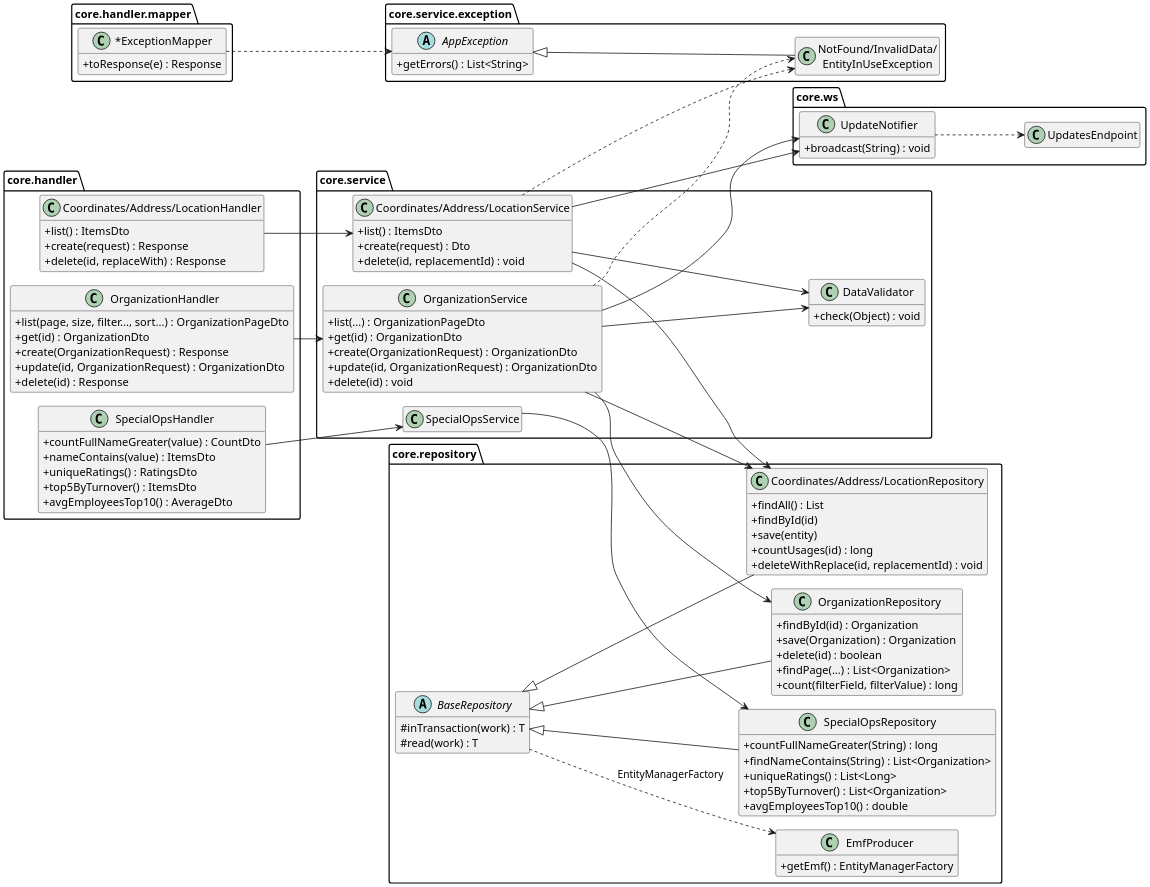
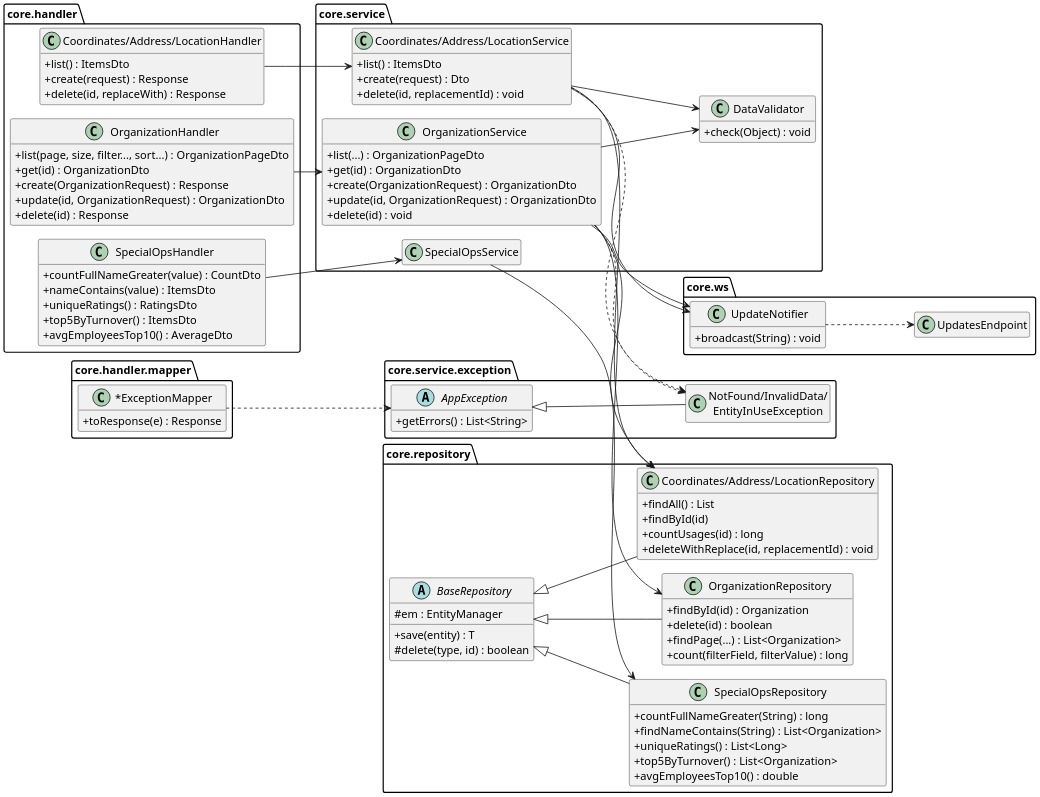
The diagram in report/uml/layers.puml (egor-abramov/IS-Lab), drawn with PlantUML before and after one commit. The commit also changed 17 other files, not shown here.

```diff
--- a/report/uml/layers.puml
+++ b/report/uml/layers.puml
@@ -1,126 +1,121 @@
 @startuml layers
 !pragma layout smetana
 skinparam dpi 180
 skinparam defaultFontName Arial
 skinparam shadowing false
 skinparam classAttributeIconSize 0
 hide empty fields
 hide empty methods
 set separator none
 left to right direction
 
 package core.handler {
     class OrganizationHandler {
         + list(page, size, filter..., sort...) : OrganizationPageDto
         + get(id) : OrganizationDto
         + create(OrganizationRequest) : Response
         + update(id, OrganizationRequest) : OrganizationDto
         + delete(id) : Response
     }
     class "Coordinates/Address/LocationHandler" as NestedHandler {
         + list() : ItemsDto
         + create(request) : Response
         + delete(id, replaceWith) : Response
     }
     class SpecialOpsHandler {
         + countFullNameGreater(value) : CountDto
         + nameContains(value) : ItemsDto
         + uniqueRatings() : RatingsDto
         + top5ByTurnover() : ItemsDto
         + avgEmployeesTop10() : AverageDto
     }
 }
 
 package core.handler.mapper {
     class "*ExceptionMapper" as Mappers {
         + toResponse(e) : Response
     }
 }
 
 package core.service {
     class OrganizationService {
         + list(...) : OrganizationPageDto
         + get(id) : OrganizationDto
         + create(OrganizationRequest) : OrganizationDto
         + update(id, OrganizationRequest) : OrganizationDto
         + delete(id) : void
     }
     class "Coordinates/Address/LocationService" as NestedService {
         + list() : ItemsDto
         + create(request) : Dto
         + delete(id, replacementId) : void
     }
     class SpecialOpsService
     class DataValidator {
         + check(Object) : void
     }
 }
 
 package core.service.exception {
     abstract class AppException {
         + getErrors() : List<String>
     }
     class "NotFound/InvalidData/\nEntityInUseException" as Exceptions
 }
 
 package core.repository {
     abstract class BaseRepository {
-        # inTransaction(work) : T
-        # read(work) : T
+        # em : EntityManager
+        + save(entity) : T
+        # delete(type, id) : boolean
     }
     class "Coordinates/Address/LocationRepository" as NestedRepository {
         + findAll() : List
         + findById(id)
-        + save(entity)
         + countUsages(id) : long
         + deleteWithReplace(id, replacementId) : void
     }
     class OrganizationRepository {
         + findById(id) : Organization
-        + save(Organization) : Organization
         + delete(id) : boolean
         + findPage(...) : List<Organization>
         + count(filterField, filterValue) : long
     }
     class SpecialOpsRepository {
         + countFullNameGreater(String) : long
         + findNameContains(String) : List<Organization>
         + uniqueRatings() : List<Long>
         + top5ByTurnover() : List<Organization>
         + avgEmployeesTop10() : double
-    }
-    class EmfProducer {
-        + getEmf() : EntityManagerFactory
     }
 }
 
 package core.ws {
     class UpdateNotifier {
         + broadcast(String) : void
     }
     class UpdatesEndpoint
 }
 
 OrganizationHandler --> OrganizationService
 NestedHandler --> NestedService
 SpecialOpsHandler --> SpecialOpsService
 Mappers ..> AppException
 AppException <|-- Exceptions
 
 OrganizationService --> OrganizationRepository
 OrganizationService --> NestedRepository
 OrganizationService --> DataValidator
 OrganizationService --> UpdateNotifier
 NestedService --> NestedRepository
 NestedService --> DataValidator
 NestedService --> UpdateNotifier
 SpecialOpsService --> SpecialOpsRepository
 OrganizationService ..> Exceptions
 NestedService ..> Exceptions
 UpdateNotifier ..> UpdatesEndpoint
 
 BaseRepository <|-- OrganizationRepository
 BaseRepository <|-- NestedRepository
 BaseRepository <|-- SpecialOpsRepository
-BaseRepository ..> EmfProducer : EntityManagerFactory
 @enduml
```
